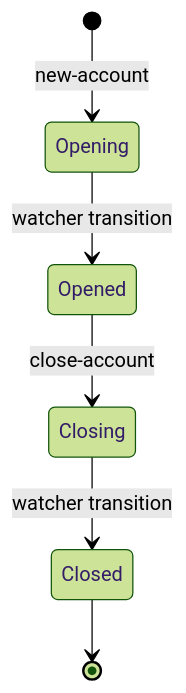
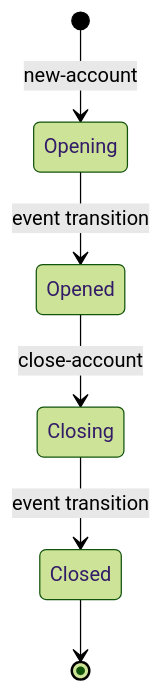
The diagram in docs/tdd/cash-accounts.md (kjothen/queenswood), drawn with Mermaid (forest theme) before and after one commit. The commit also changed other lines of this file and 20 other files, not shown here.

````diff
--- a/docs/tdd/cash-accounts.md
+++ b/docs/tdd/cash-accounts.md
@@ -126,8 +127,8 @@
 ```mermaid
 stateDiagram-v2
     [*] --> Opening : new-account
-    Opening --> Opened : watcher transition
+    Opening --> Opened : event transition
     Opened --> Closing : close-account
-    Closing --> Closed : watcher transition
+    Closing --> Closed : event transition
     Closed --> [*]
 ```
````
